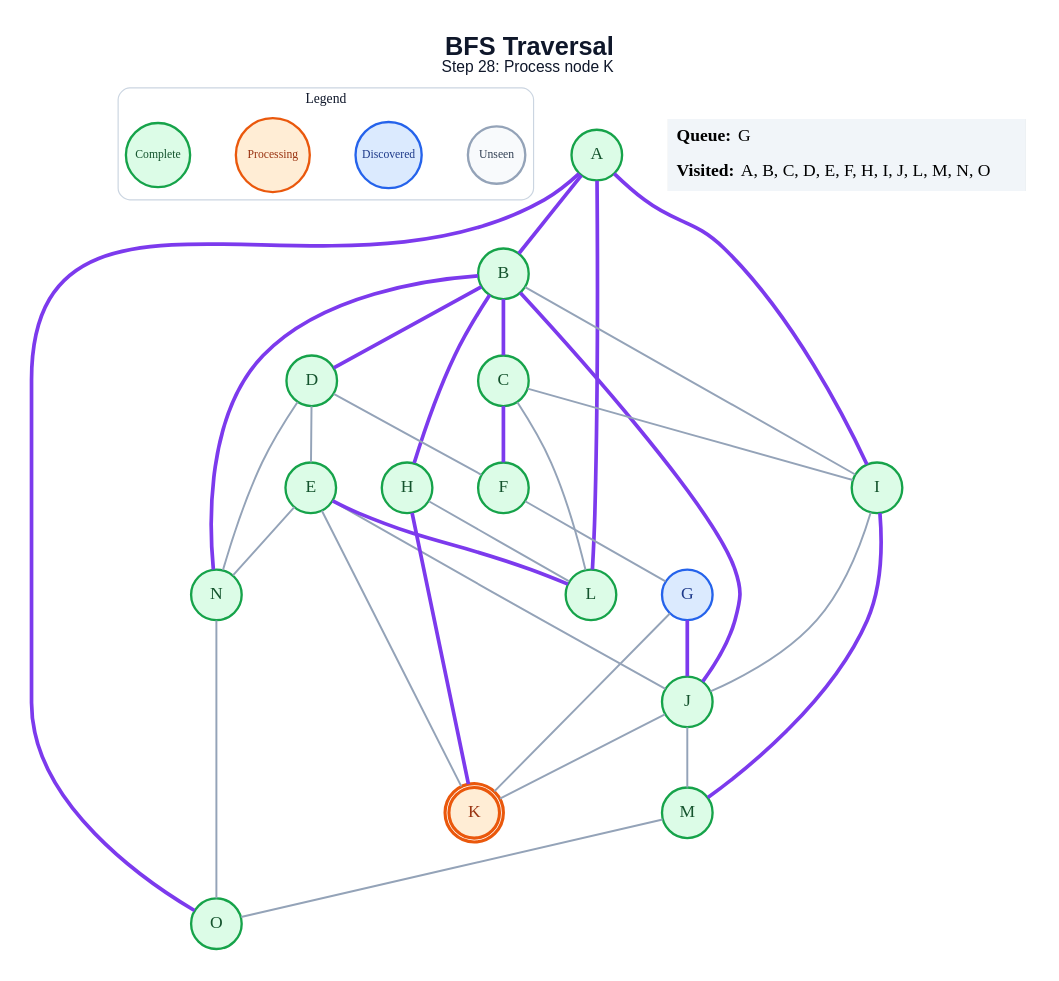
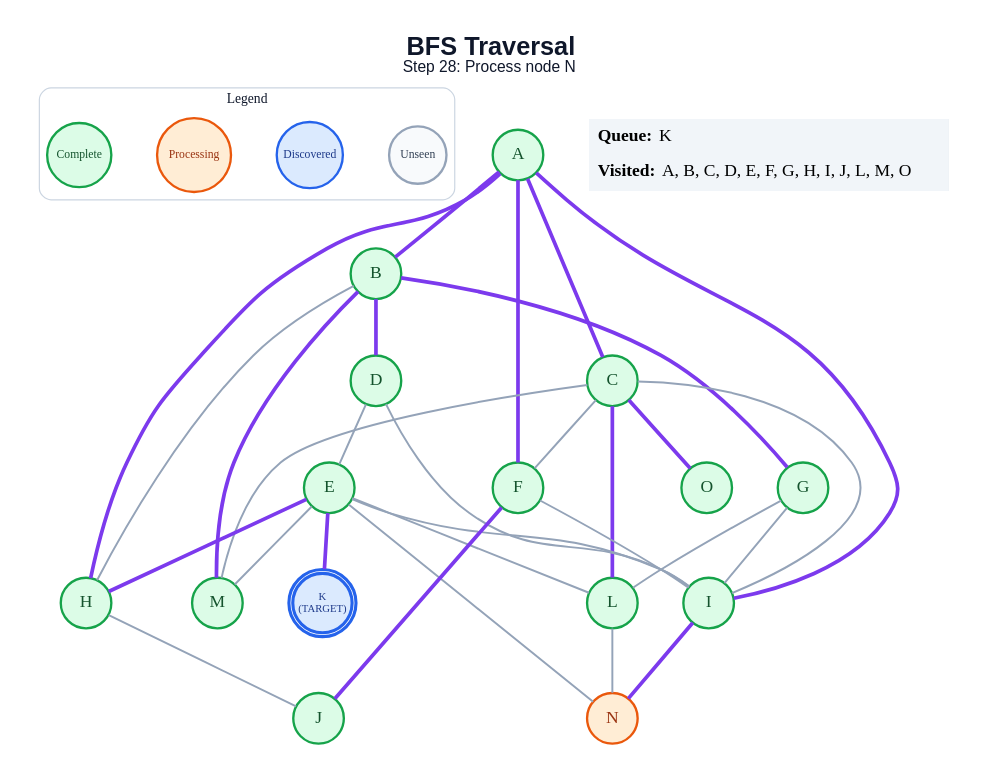
The diagram in generated/bfs/step_28.dot (anon7238593-create/ai-slop), drawn with Graphviz before and after one commit. The commit also changed 270 other files, not shown here.

```diff
--- a/generated/bfs/step_28.dot
+++ b/generated/bfs/step_28.dot
@@ -1,65 +1,63 @@
 graph traversal {
   graph [layout=dot, rankdir=TB, bgcolor="#FFFFFF", pad="0.35", nodesep="0.65", ranksep="0.8", fontname="Arial"];
   node [shape=circle, style="filled", fontname="Arial Bold", fontsize=18, width=0.72, fixedsize=true, penwidth=2.4];
   edge [color="#94A3B8", penwidth=2.0];
-  label=<<B>BFS Traversal</B><BR/><FONT POINT-SIZE="16">Step 28: Process node K</FONT>>; labelloc="t"; fontsize=26; fontname="Arial"; fontcolor="#0F172A";
+  label=<<B>BFS Traversal</B><BR/><FONT POINT-SIZE="16">Step 28: Process node N</FONT>>; labelloc="t"; fontsize=26; fontname="Arial"; fontcolor="#0F172A";
   subgraph cluster_legend { label="Legend"; color="#CBD5E1"; penwidth=1.2; style="rounded"; fontsize=14; fontname="Arial Bold";
     key_unseen [label="Unseen", fillcolor="#F8FAFC", color="#94A3B8", fontcolor="#334155", fontsize=12, width=0.82];
     key_frontier [label="Discovered", fillcolor="#DBEAFE", color="#2563EB", fontcolor="#1E3A8A", fontsize=12, width=0.95];
     key_current [label="Processing", fillcolor="#FFEDD5", color="#EA580C", fontcolor="#9A3412", fontsize=12, width=1.05];
     key_done [label="Complete", fillcolor="#DCFCE7", color="#16A34A", fontcolor="#14532D", fontsize=12, width=0.92];
     { rank=same; key_unseen; key_frontier; key_current; key_done; }
   }
   A [label="A", fillcolor="#DCFCE7", color="#16A34A", fontcolor="#14532D", peripheries=1, penwidth=2.4];
   B [label="B", fillcolor="#DCFCE7", color="#16A34A", fontcolor="#14532D", peripheries=1, penwidth=2.4];
   C [label="C", fillcolor="#DCFCE7", color="#16A34A", fontcolor="#14532D", peripheries=1, penwidth=2.4];
   D [label="D", fillcolor="#DCFCE7", color="#16A34A", fontcolor="#14532D", peripheries=1, penwidth=2.4];
   E [label="E", fillcolor="#DCFCE7", color="#16A34A", fontcolor="#14532D", peripheries=1, penwidth=2.4];
   F [label="F", fillcolor="#DCFCE7", color="#16A34A", fontcolor="#14532D", peripheries=1, penwidth=2.4];
-  G [label="G", fillcolor="#DBEAFE", color="#2563EB", fontcolor="#1E3A8A", peripheries=1, penwidth=2.4];
+  G [label="G", fillcolor="#DCFCE7", color="#16A34A", fontcolor="#14532D", peripheries=1, penwidth=2.4];
   H [label="H", fillcolor="#DCFCE7", color="#16A34A", fontcolor="#14532D", peripheries=1, penwidth=2.4];
   I [label="I", fillcolor="#DCFCE7", color="#16A34A", fontcolor="#14532D", peripheries=1, penwidth=2.4];
   J [label="J", fillcolor="#DCFCE7", color="#16A34A", fontcolor="#14532D", peripheries=1, penwidth=2.4];
-  K [label="K", fillcolor="#FFEDD5", color="#EA580C", fontcolor="#9A3412", peripheries=2, penwidth=3.2];
+  K [label="K\n(TARGET)", fillcolor="#DBEAFE", color="#2563EB", fontcolor="#1E3A8A", peripheries=2, penwidth=3.2, fontsize=11, width=0.85, height=0.85];
   L [label="L", fillcolor="#DCFCE7", color="#16A34A", fontcolor="#14532D", peripheries=1, penwidth=2.4];
   M [label="M", fillcolor="#DCFCE7", color="#16A34A", fontcolor="#14532D", peripheries=1, penwidth=2.4];
-  N [label="N", fillcolor="#DCFCE7", color="#16A34A", fontcolor="#14532D", peripheries=1, penwidth=2.4];
+  N [label="N", fillcolor="#FFEDD5", color="#EA580C", fontcolor="#9A3412", peripheries=1, penwidth=2.4];
   O [label="O", fillcolor="#DCFCE7", color="#16A34A", fontcolor="#14532D", peripheries=1, penwidth=2.4];
   A -- B [color="#7C3AED", penwidth=3.8];
+  A -- C [color="#7C3AED", penwidth=3.8];
+  A -- F [color="#7C3AED", penwidth=3.8];
+  A -- H [color="#7C3AED", penwidth=3.8];
   A -- I [color="#7C3AED", penwidth=3.8];
-  A -- L [color="#7C3AED", penwidth=3.8];
-  A -- O [color="#7C3AED", penwidth=3.8];
-  B -- C [color="#7C3AED", penwidth=3.8];
   B -- D [color="#7C3AED", penwidth=3.8];
-  B -- H [color="#7C3AED", penwidth=3.8];
-  B -- I;
-  B -- J [color="#7C3AED", penwidth=3.8];
-  B -- N [color="#7C3AED", penwidth=3.8];
-  C -- F [color="#7C3AED", penwidth=3.8];
+  B -- G [color="#7C3AED", penwidth=3.8];
+  B -- H;
+  B -- M [color="#7C3AED", penwidth=3.8];
+  C -- F;
   C -- I;
-  C -- L;
+  C -- L [color="#7C3AED", penwidth=3.8];
+  C -- M;
+  C -- O [color="#7C3AED", penwidth=3.8];
   D -- E;
-  D -- F;
-  D -- N;
-  E -- J;
-  E -- K;
-  E -- L [color="#7C3AED", penwidth=3.8];
+  D -- I;
+  E -- H [color="#7C3AED", penwidth=3.8];
+  E -- I;
+  E -- K [color="#7C3AED", penwidth=3.8];
+  E -- L;
+  E -- M;
   E -- N;
-  F -- G;
-  G -- J [color="#7C3AED", penwidth=3.8];
-  G -- K;
-  H -- K [color="#7C3AED", penwidth=3.8];
-  H -- L;
-  I -- J;
-  I -- M [color="#7C3AED", penwidth=3.8];
-  J -- K;
-  J -- M;
-  M -- O;
-  N -- O;
+  F -- I;
+  F -- J [color="#7C3AED", penwidth=3.8];
+  G -- I;
+  G -- L;
+  H -- J;
+  I -- N [color="#7C3AED", penwidth=3.8];
+  L -- N;
   status [shape=plain, fixedsize=false, width=0, height=0, margin=0, label=<
     <TABLE BORDER="0" CELLBORDER="0" CELLPADDING="7" BGCOLOR="#F1F5F9">
-      <TR><TD ALIGN="LEFT"><B>Queue:</B> G</TD></TR>
-      <TR><TD ALIGN="LEFT"><B>Visited:</B> A, B, C, D, E, F, H, I, J, L, M, N, O</TD></TR>
+      <TR><TD ALIGN="LEFT"><B>Queue:</B> K</TD></TR>
+      <TR><TD ALIGN="LEFT"><B>Visited:</B> A, B, C, D, E, F, G, H, I, J, L, M, O</TD></TR>
     </TABLE>
   >];
 }
```
